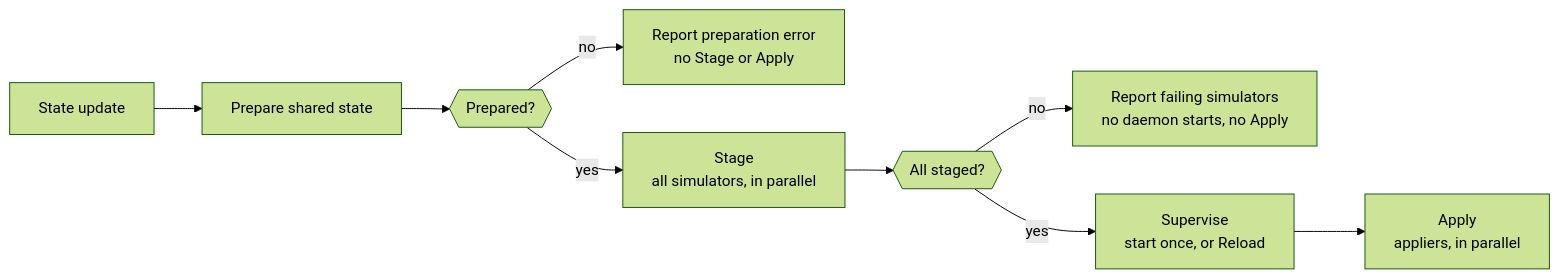
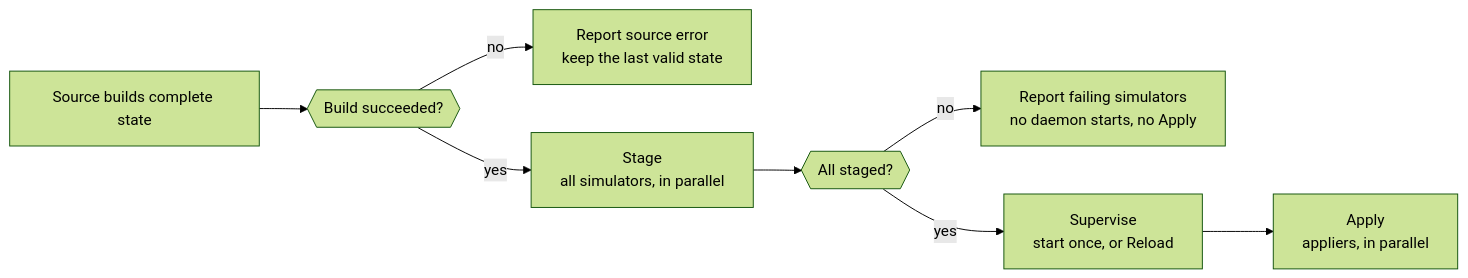
The diagram in docs/components/node-daemon.md (NVIDIA/k8s-test-infra), drawn with Mermaid (forest theme) before and after one commit. The commit also changed other lines of this file and 16 other files, not shown here.

````diff
--- a/docs/components/node-daemon.md
+++ b/docs/components/node-daemon.md
@@ -53,11 +52,10 @@
 ```mermaid
 flowchart LR
-    state[State update] --> prepare[Prepare shared state]
-    prepare --> valid{{Prepared?}}
-    valid -->|no| invalid[Report preparation error<br/>no Stage or Apply]
+    source[Source builds complete state] --> valid{{Build succeeded?}}
+    valid -->|no| invalid[Report source error<br/>keep the last valid state]
     valid -->|yes| stage[Stage<br/>all simulators, in parallel]
     stage --> barrier{{All staged?}}
     barrier -->|no| fail[Report failing simulators<br/>no daemon starts, no Apply]
     barrier -->|yes| daemons[Supervise<br/>start once, or Reload]
     daemons --> apply[Apply<br/>appliers, in parallel]
 ```
````
